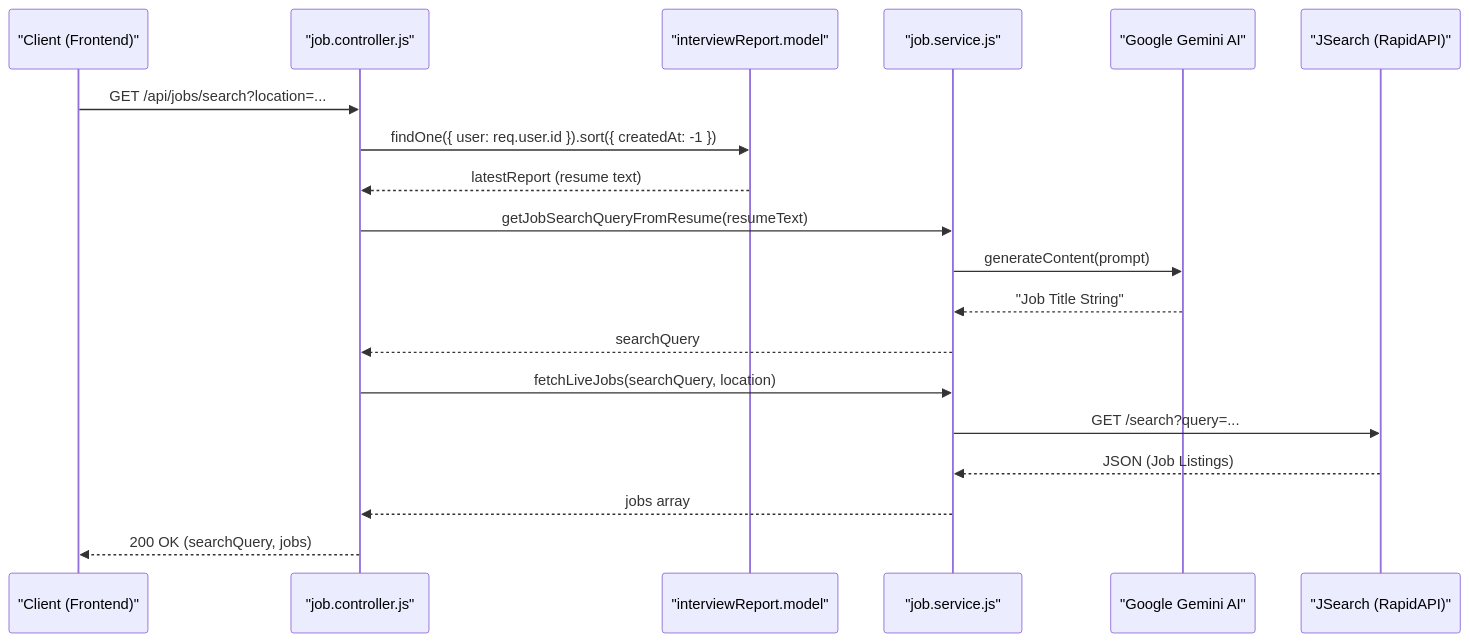
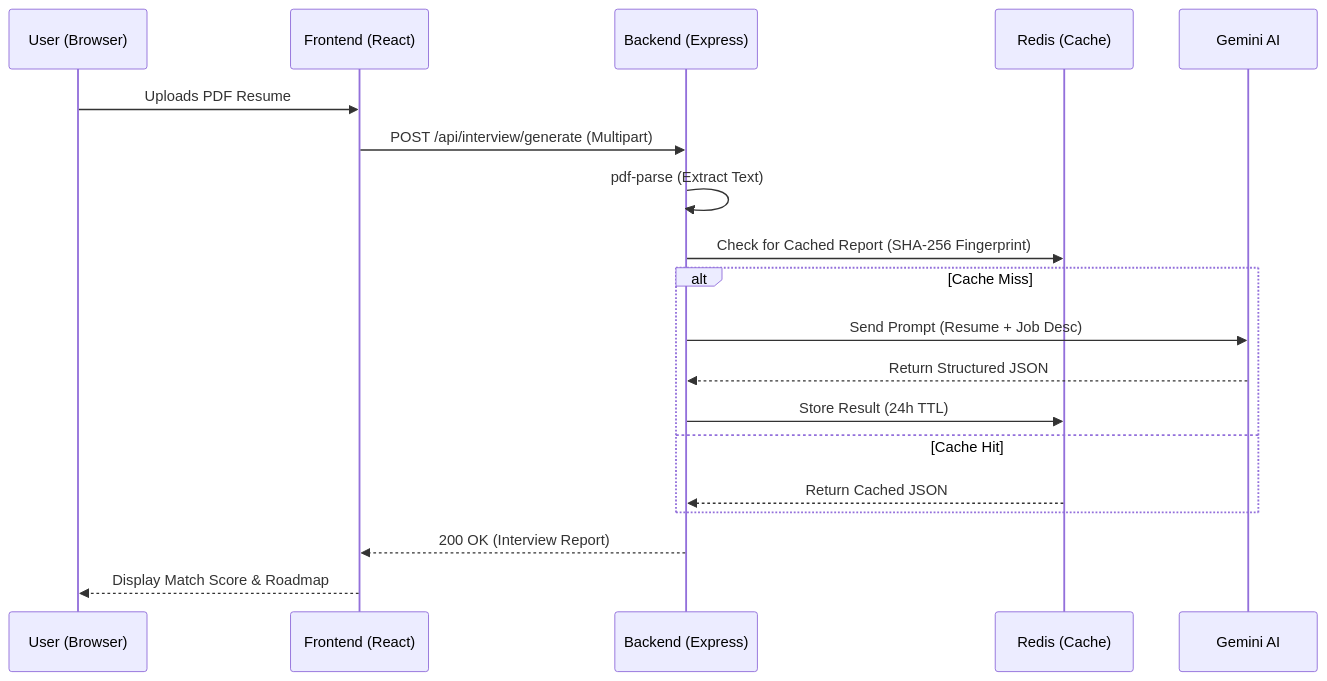
The fourth of 15 diagrams in README.md (harshitzofficial/Job-Prep-Platform), drawn with Mermaid before and after one commit. The commit also changed other lines of this file, not shown here.

````diff
--- a/README.md
+++ b/README.md
@@ -407,25 +337,22 @@
 ```mermaid
 sequenceDiagram
-    participant Client as "Client (Frontend)"
-    participant Controller as "job.controller.js"
-    participant Model as "interviewReport.model"
-    participant Service as "job.service.js"
-    participant Gemini as "Google Gemini AI"
-    participant JSearch as "JSearch (RapidAPI)"
-
-    Client->>Controller: GET /api/jobs/search?location=...
-    Controller->>Model: findOne({ user: req.user.id }).sort({ createdAt: -1 })
-    Model-->>Controller: latestReport (resume text)
-
-    Controller->>Service: getJobSearchQueryFromResume(resumeText)
-    Service->>Gemini: generateContent(prompt)
-    Gemini-->>Service: "Job Title String"
-    Service-->>Controller: searchQuery
-
-    Controller->>Service: fetchLiveJobs(searchQuery, location)
-    Service->>JSearch: GET /search?query=...
-    JSearch-->>Service: JSON (Job Listings)
-    Service-->>Controller: jobs array
-
-    Controller-->>Client: 200 OK (searchQuery, jobs)
+    participant U as User (Browser)
+    participant F as Frontend (React)
+    participant B as Backend (Express)
+    participant R as Redis (Cache)
+    participant G as Gemini AI
+ 
+    U->>F: Uploads PDF Resume
+    F->>B: POST /api/interview/generate (Multipart)
+    B->>B: pdf-parse (Extract Text)
+    B->>R: Check for Cached Report (SHA-256 Fingerprint)
+    alt Cache Miss
+        B->>G: Send Prompt (Resume + Job Desc)
+        G-->>B: Return Structured JSON
+        B->>R: Store Result (24h TTL)
+    else Cache Hit
+        R-->>B: Return Cached JSON
+    end
+    B-->>F: 200 OK (Interview Report)
+    F-->>U: Display Match Score & Roadmap
 ```
````
